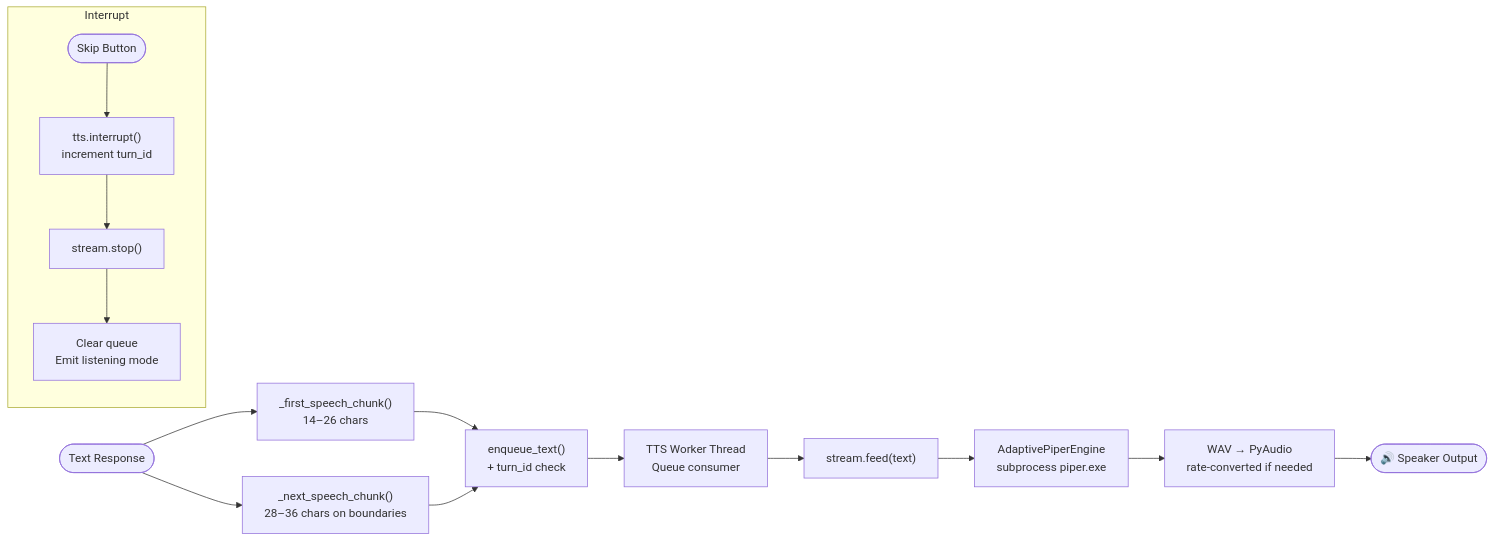
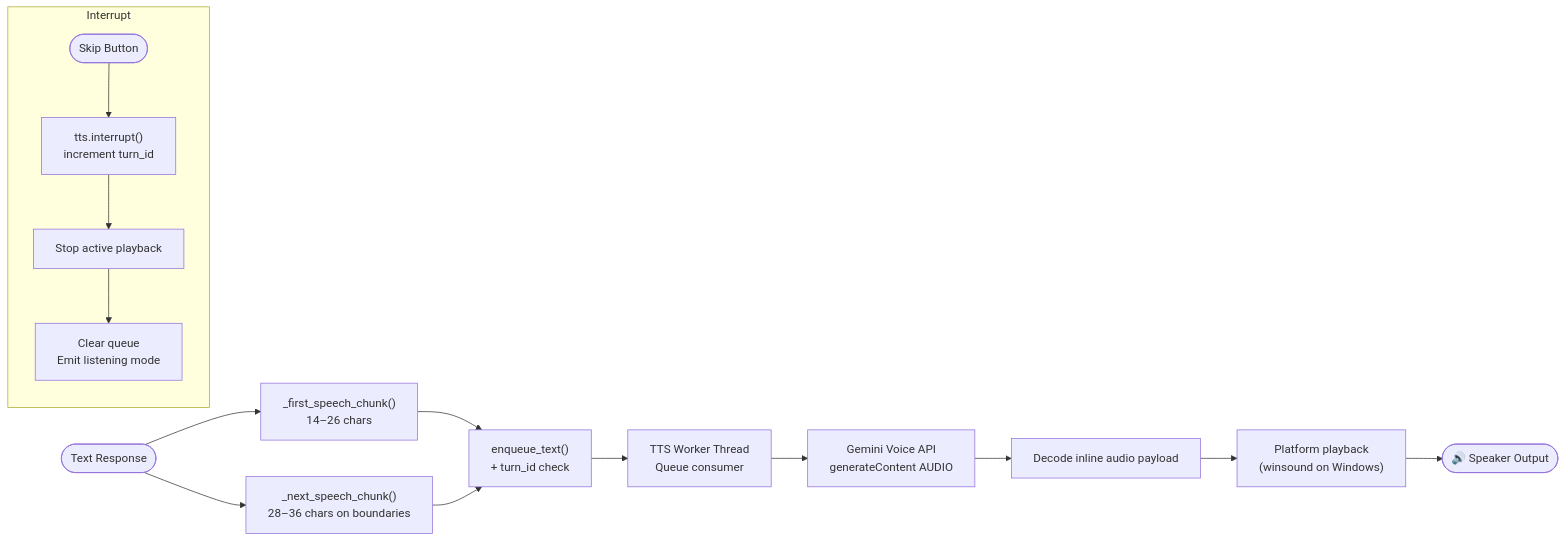
Before and after one commit to deepakrakshit/jarvis: the seventh of 8 diagrams in docs/ARCHITECTURE.md, drawn with Mermaid. The commit also changed other lines of this file and 11 other files, not shown here.

````diff
--- a/docs/ARCHITECTURE.md
+++ b/docs/ARCHITECTURE.md
@@ -192,19 +194,19 @@
 ```mermaid
 flowchart LR
     A(["Text Response"]) --> B["_first_speech_chunk()\n14–26 chars"]
     B --> C["enqueue_text()\n+ turn_id check"]
     C --> D["TTS Worker Thread\nQueue consumer"]
-    D --> E["stream.feed(text)"]
-    E --> F["AdaptivePiperEngine\nsubprocess piper.exe"]
-    F --> G["WAV → PyAudio\nrate-converted if needed"]
+    D --> E["Gemini Voice API\ngenerateContent AUDIO"]
+    E --> F["Decode inline audio payload"]
+    F --> G["Platform playback\n(winsound on Windows)"]
     G --> H(["🔊 Speaker Output"])
 
     A --> I["_next_speech_chunk()\n28–36 chars on boundaries"]
     I --> C
 
     subgraph Interrupt
         J(["Skip Button"]) --> K["tts.interrupt()\nincrement turn_id"]
-        K --> L["stream.stop()"]
+        K --> L["Stop active playback"]
         L --> M["Clear queue\nEmit listening mode"]
     end
 ```
````
